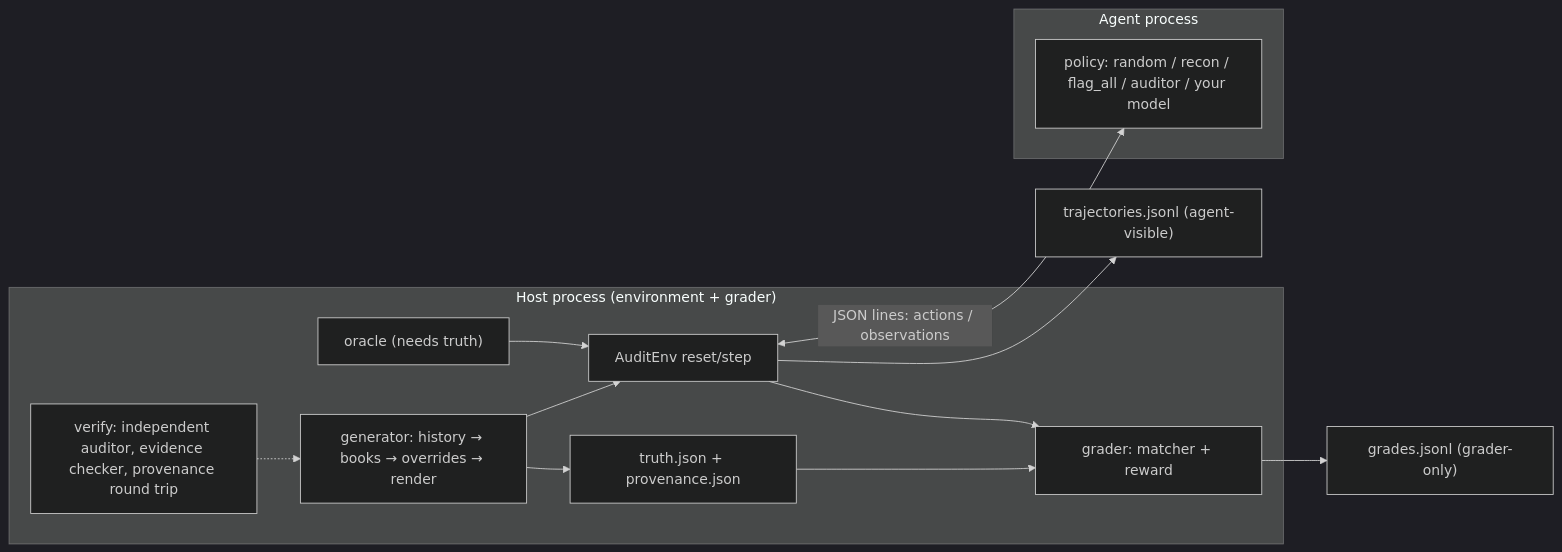
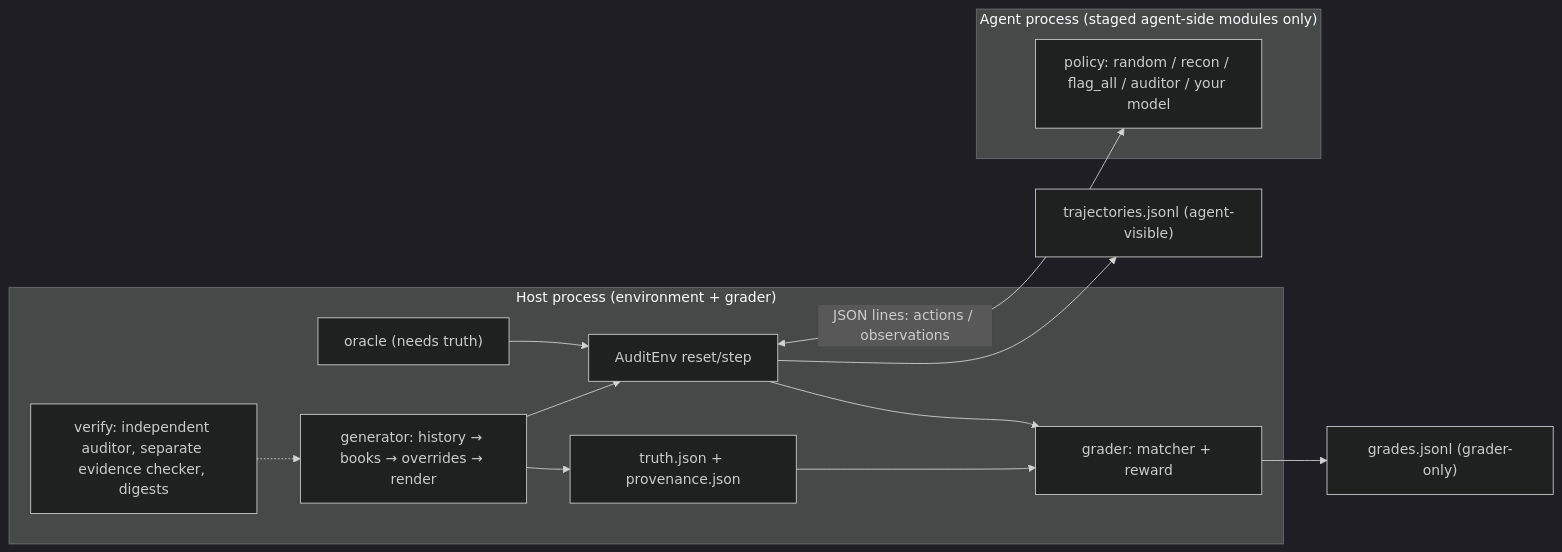
The diagram in README.md (murzakhmetov/auditgym), drawn with Mermaid (dark theme) before and after one commit. The commit also changed other lines of this file and 13 other files, not shown here.

````diff
--- a/README.md
+++ b/README.md
@@ -85,17 +173,17 @@
 ```mermaid
 flowchart LR
   subgraph host["Host process (environment + grader)"]
     G["generator: history → books → overrides → render"] --> E["AuditEnv reset/step"]
     G --> T["truth.json + provenance.json"]
     T --> GR["grader: matcher + reward"]
     E --> GR
-    V["verify: independent auditor, evidence checker, provenance round trip"] -.-> G
+    V["verify: independent auditor, separate evidence checker, digests"] -.-> G
     O["oracle (needs truth)"] --> E
   end
-  subgraph child["Agent process"]
+  subgraph child["Agent process (staged agent-side modules only)"]
     P["policy: random / recon / flag_all / auditor / your model"]
   end
   E <-->|"JSON lines: actions / observations"| P
   GR --> L["grades.jsonl (grader-only)"]
   E --> TR["trajectories.jsonl (agent-visible)"]
 ```
````
